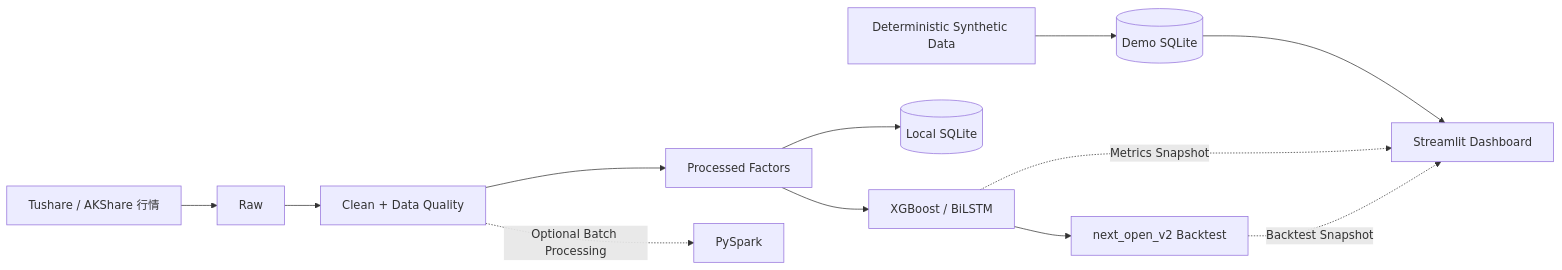
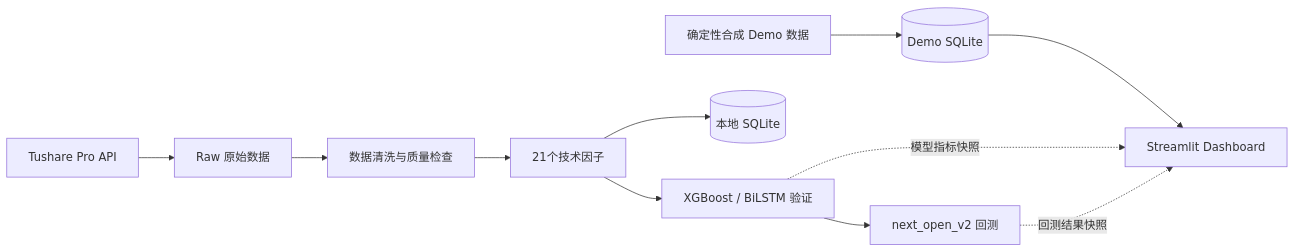
One commit to duerm85-cell/data-analysis-portfolio changed the diagram in README.md. Above: the diagram before and after it, drawn with Mermaid. The commit also changed other lines of this file and 13 other files, not shown here.

````diff
--- a/README.md
+++ b/README.md
@@ -34,15 +47,14 @@
 ```mermaid
 flowchart LR
-    A[Tushare / AKShare 行情] --> B[Raw]
-    B --> C[Clean + Data Quality]
-    C --> D[Processed Factors]
-    D --> E[XGBoost / BiLSTM]
-    E --> F[next_open_v2 Backtest]
-    D --> G[(Local SQLite)]
+    A[Tushare Pro API] --> B[Raw 原始数据]
+    B --> C[数据清洗与质量检查]
+    C --> D[21个技术因子]
+    D --> E[XGBoost / BiLSTM 验证]
+    E --> F[next_open_v2 回测]
+    D --> G[(本地 SQLite)]
 
-    H[Deterministic Synthetic Data] --> I[(Demo SQLite)]
+    H[确定性合成 Demo 数据] --> I[(Demo SQLite)]
     I --> J[Streamlit Dashboard]
-    E -. Metrics Snapshot .-> J
-    F -. Backtest Snapshot .-> J
-    C -. Optional Batch Processing .-> K[PySpark]
+    E -. 模型指标快照 .-> J
+    F -. 回测结果快照 .-> J
 ```
````
